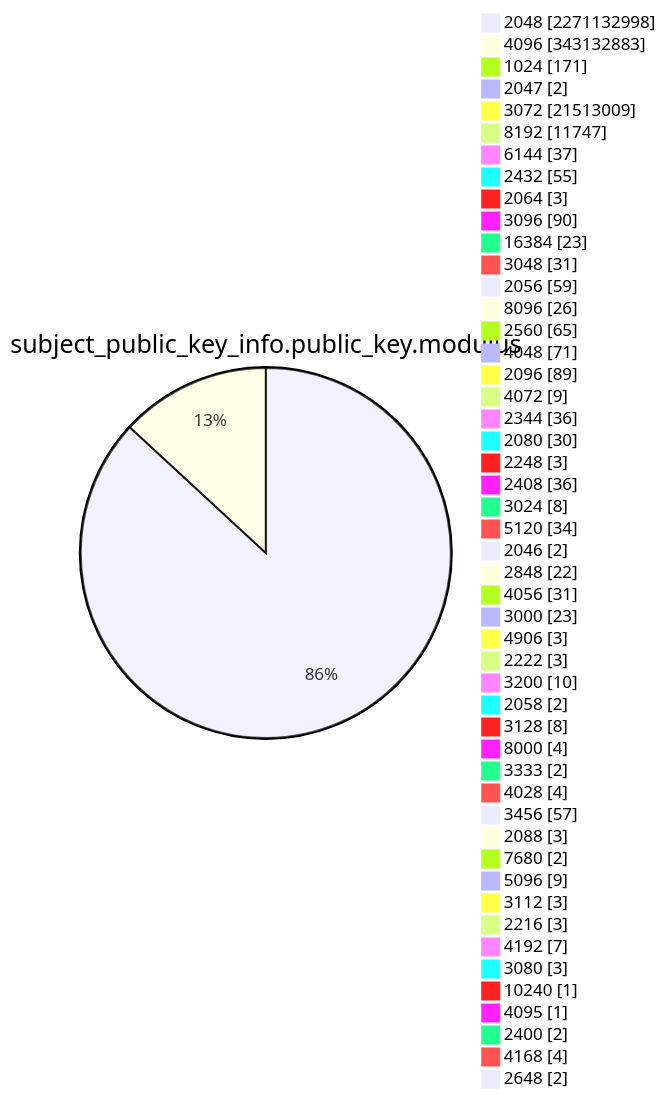
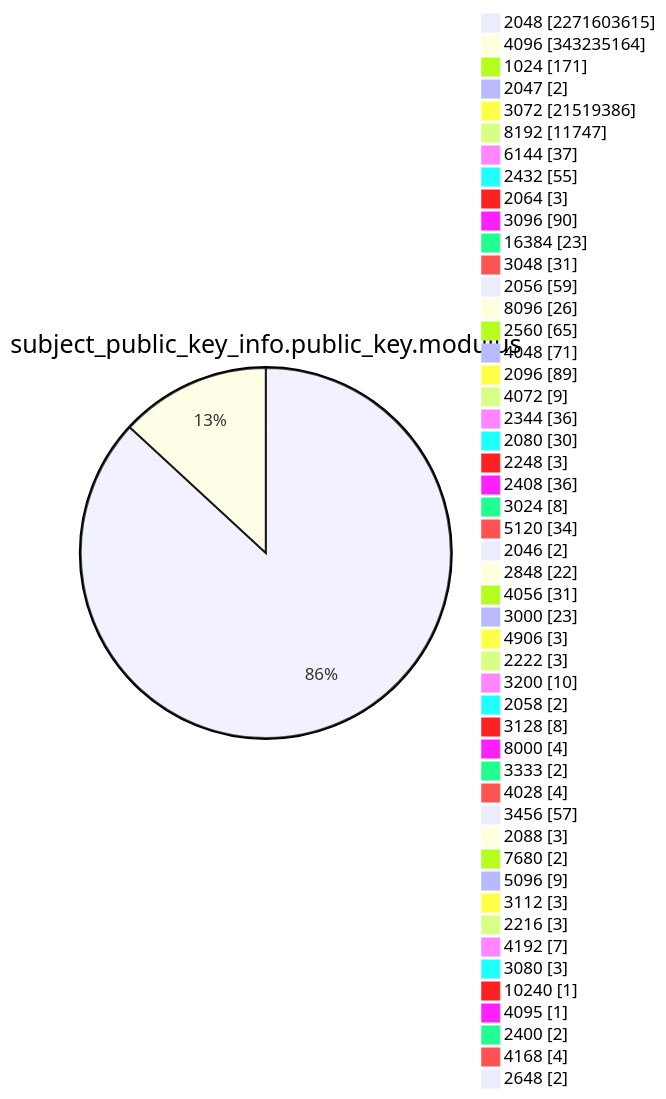
Diagram 13 of 15 in TOTAL/README.md (christiankrug/ctmonitor_visualization), drawn with Mermaid before and after one commit. The commit also changed other lines of this file, not shown here.

````diff
--- a/TOTAL/README.md
+++ b/TOTAL/README.md
@@ -4165,53 +4165,53 @@
 ```mermaid
 pie showData
 title subject_public_key_info.public_key.modulus
-"2048" :2271132998
-"4096" :343132883
+"2048" :2271603615
+"4096" :343235164
 "1024" :171
 "2047" :2
-"3072" :21513009
+"3072" :21519386
 "8192" :11747
 "6144" :37
 "2432" :55
 "2064" :3
 "3096" :90
 "16384" :23
 "3048" :31
 "2056" :59
 "8096" :26
 "2560" :65
 "4048" :71
 "2096" :89
 "4072" :9
 "2344" :36
 "2080" :30
 "2248" :3
 "2408" :36
 "3024" :8
 "5120" :34
 "2046" :2
 "2848" :22
 "4056" :31
 "3000" :23
 "4906" :3
 "2222" :3
 "3200" :10
 "2058" :2
 "3128" :8
 "8000" :4
 "3333" :2
 "4028" :4
 "3456" :57
 "2088" :3
 "7680" :2
 "5096" :9
 "3112" :3
 "2216" :3
 "4192" :7
 "3080" :3
 "10240" :1
 "4095" :1
 "2400" :2
 "4168" :4
 "2648" :2
 ```
````
